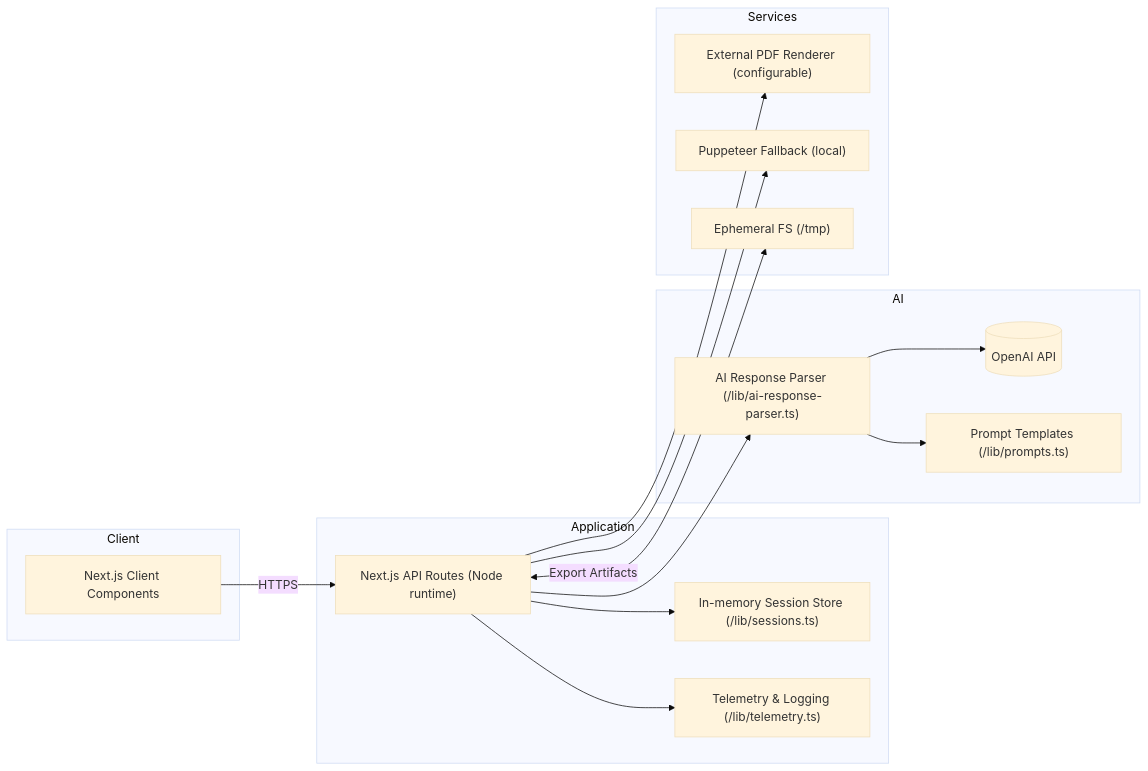
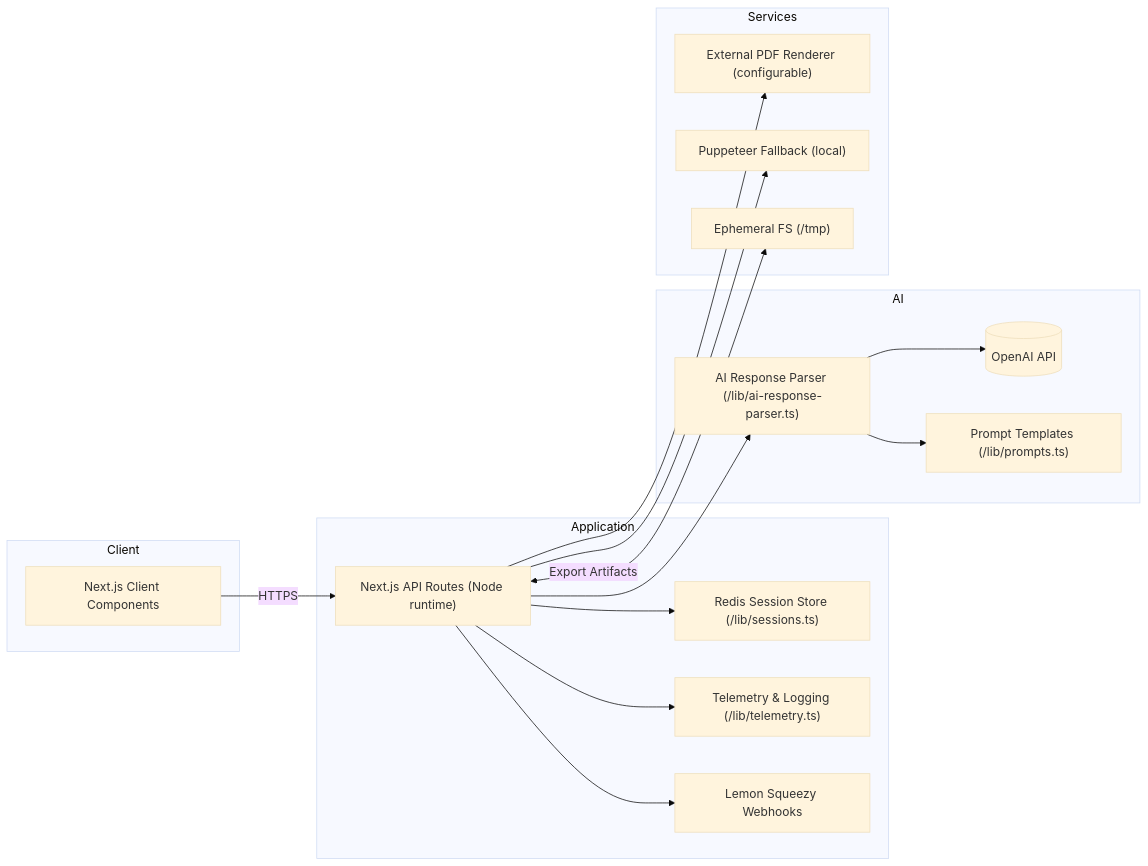
One commit to YassinKkhalil4/ai-resume changed the diagram in docs/technical-architecture.md. Above: the diagram before and after it, drawn with Mermaid (base theme). The commit also changed other lines of this file and 51 other files, not shown here.

Commit message:
Harden launch blockers and Lemon billing

````diff
--- a/docs/technical-architecture.md
+++ b/docs/technical-architecture.md
@@ -5,34 +5,36 @@
 ```mermaid
 flowchart LR
     subgraph Client
         UI[Next.js Client Components]
     end
 
     subgraph Application
         APIRoutes["Next.js API Routes (Node runtime)"]
-        Sessions["In-memory Session Store (/lib/sessions.ts)"]
+        Sessions["Redis Session Store (/lib/sessions.ts)"]
         Telemetry["Telemetry & Logging (/lib/telemetry.ts)"]
+        Billing["Lemon Squeezy Webhooks"]
     end
 
     subgraph AI
         OpenAI[(OpenAI API)]
         Prompts["Prompt Templates (/lib/prompts.ts)"]
         Parser["AI Response Parser (/lib/ai-response-parser.ts)"]
     end
 
     subgraph Services
         PDFService["External PDF Renderer (configurable)"]
         Puppeteer["Puppeteer Fallback (local)"]
         Storage["Ephemeral FS (/tmp)"]
     end
 
     UI -->|HTTPS| APIRoutes
     APIRoutes --> Sessions
     APIRoutes --> Telemetry
     APIRoutes --> Parser
+    APIRoutes --> Billing
     Parser --> Prompts
     Parser --> OpenAI
     APIRoutes --> PDFService
     APIRoutes --> Puppeteer
     APIRoutes <-->|Export Artifacts| Storage
 ```
````
